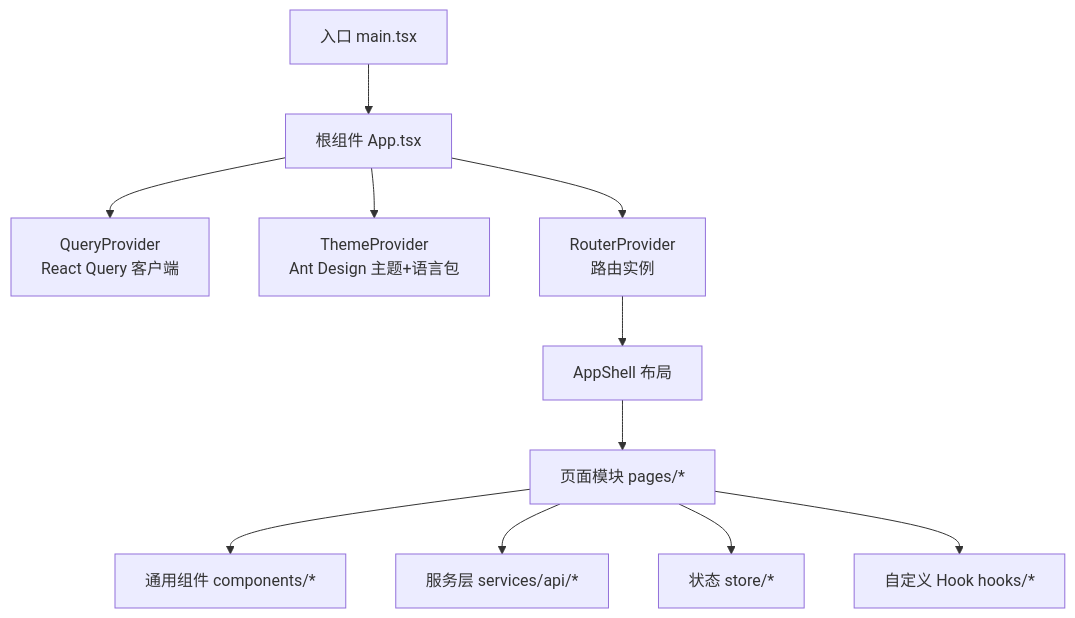
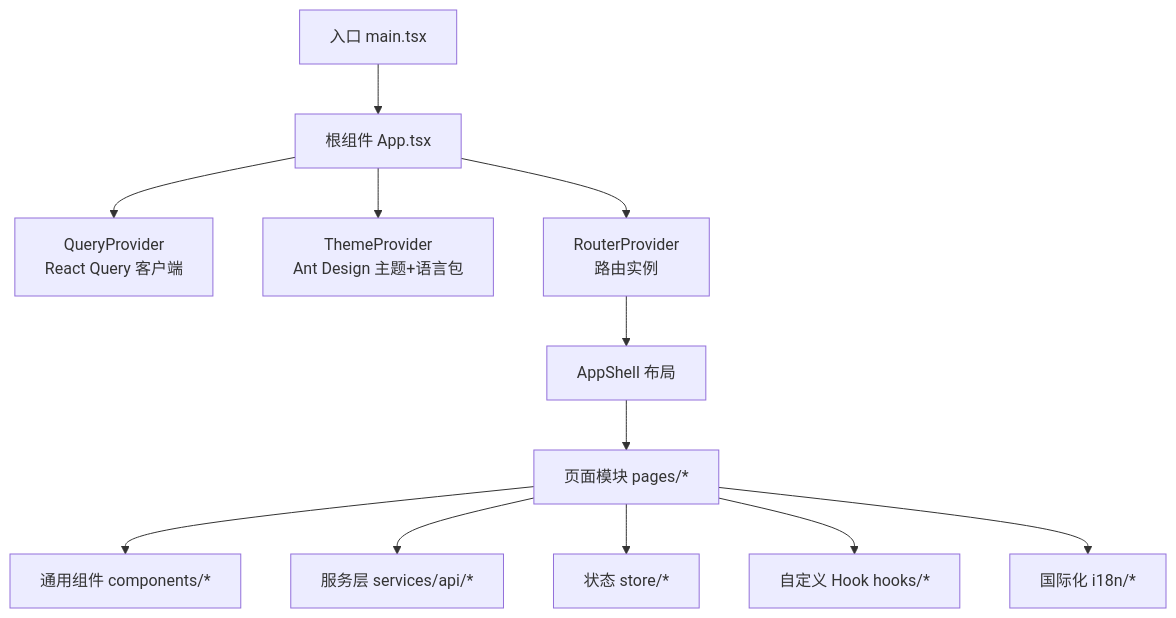
The first of 9 diagrams in .qoder/repowiki/zh/content/前端开发/前端开发.md (bixinhaner/xomc), drawn with Mermaid before and after one commit. The commit also changed other lines of this file and 4 other files, not shown here.

````diff
--- a/.qoder/repowiki/zh/content/前端开发/前端开发.md
+++ b/.qoder/repowiki/zh/content/前端开发/前端开发.md
@@ -85,13 +99,14 @@
 ```mermaid
 graph TB
 A["入口 main.tsx"] --> B["根组件 App.tsx"]
 B --> C["QueryProvider<br/>React Query 客户端"]
 B --> D["ThemeProvider<br/>Ant Design 主题+语言包"]
 B --> E["RouterProvider<br/>路由实例"]
 E --> F["AppShell 布局"]
 F --> G["页面模块 pages/*"]
 G --> H["通用组件 components/*"]
 G --> I["服务层 services/api/*"]
 G --> J["状态 store/*"]
 G --> K["自定义 Hook hooks/*"]
+G --> L["国际化 i18n/*"]
 ```
````
